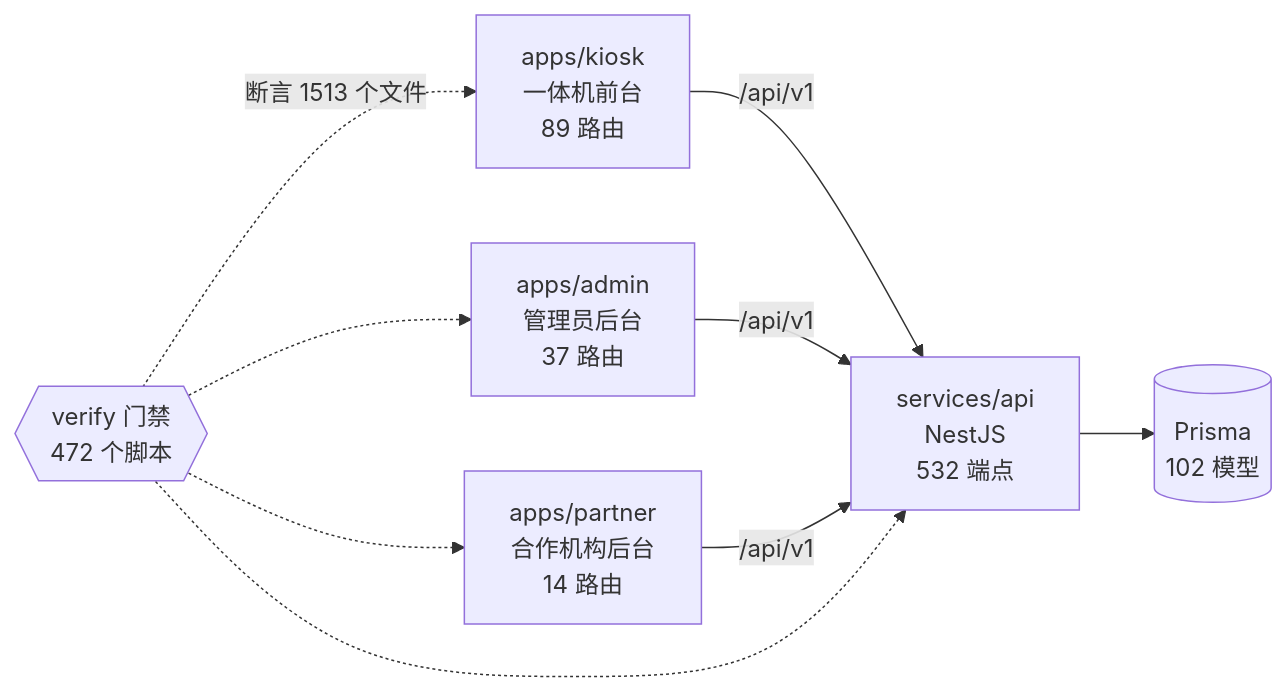
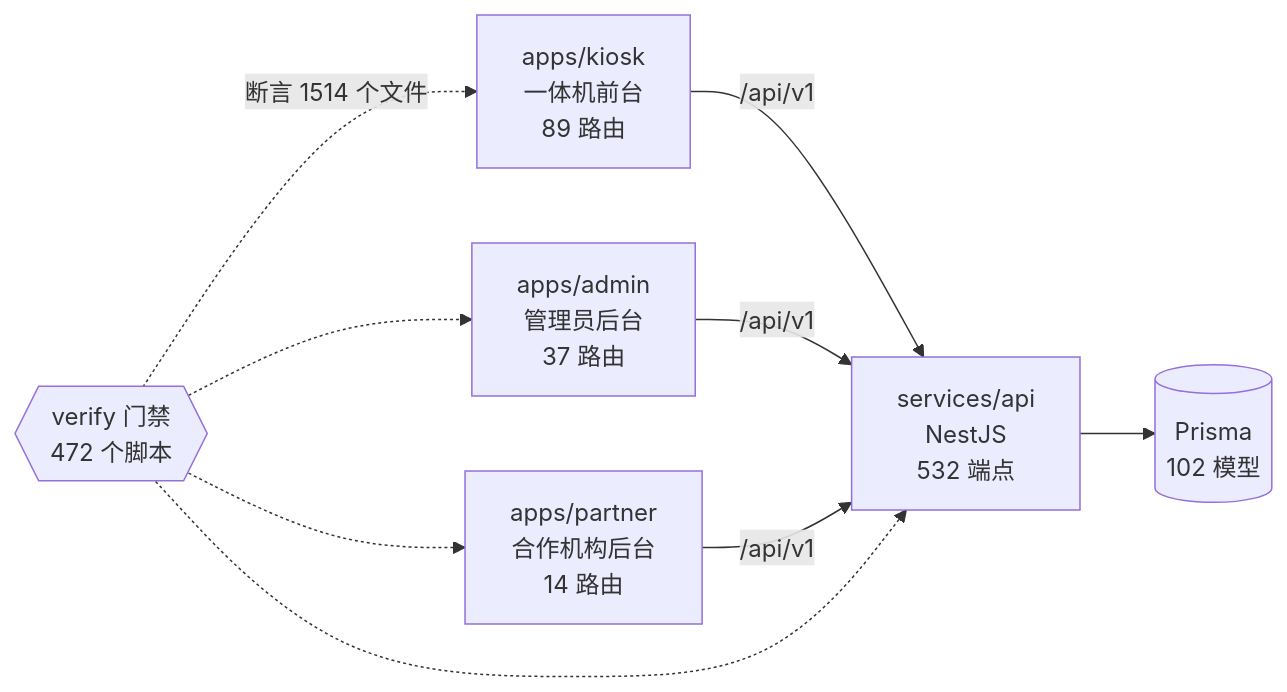
One commit to wanglei581/YITIJI changed the diagram in docs/graph/README.md. Above: the diagram before and after it, drawn with Mermaid. The commit also changed other lines of this file and 4 other files, not shown here.

First line of the commit message:
docs(graph): sync resume source/parse Qingxu migration

````diff
--- a/docs/graph/README.md
+++ b/docs/graph/README.md
@@ -68,18 +68,18 @@
 ```mermaid
 flowchart LR
   kiosk["apps/kiosk<br/>一体机前台<br/>89 路由"]
   admin["apps/admin<br/>管理员后台<br/>37 路由"]
   partner["apps/partner<br/>合作机构后台<br/>14 路由"]
   api["services/api<br/>NestJS<br/>532 端点"]
   db[("Prisma<br/>102 模型")]
   gates{{"verify 门禁<br/>472 个脚本"}}
 
   kiosk -->|"/api/v1"| api
   admin -->|"/api/v1"| api
   partner -->|"/api/v1"| api
   api --> db
-  gates -.->|"断言 1513 个文件"| kiosk
+  gates -.->|"断言 1514 个文件"| kiosk
   gates -.-> admin
   gates -.-> partner
   gates -.-> api
 ```
````
